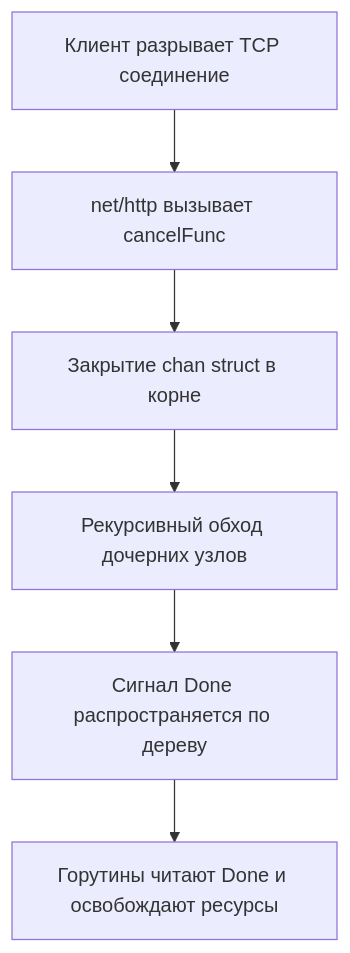
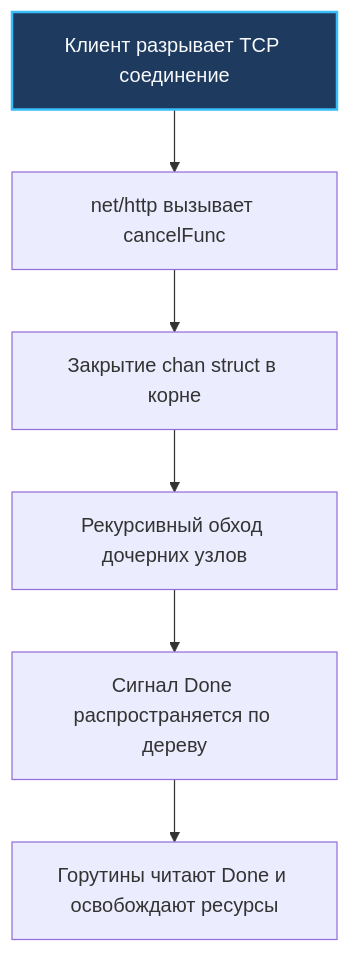
One commit to UnrealTemplier/go-textbook changed the diagram in sources/9. Бэкенд на Go (Практика разработки)/9. Работа с context в HTTP.md. Above: the diagram before and after it, drawn with Mermaid. The commit also changed 1666 other files, not shown here.

First line of the commit message:
feat(mermaid): add semantic color classDef to 1369 colorless flowchart/graph diagrams

````diff
--- a/sources/9. Бэкенд на Go (Практика разработки)/9. Работа с context в HTTP.md
+++ b/sources/9. Бэкенд на Go (Практика разработки)/9. Работа с context в HTTP.md
@@ -7,8 +7,18 @@
 ```mermaid
 flowchart TD
-    A["Клиент разрывает TCP соединение"] --> B["net/http вызывает cancelFunc"]
+    classDef process  fill:#1e293b,stroke:#38bdf8,stroke-width:1px,color:#f8fafc
+    classDef success  fill:#064e3b,stroke:#34d399,stroke-width:1px,color:#f8fafc
+    classDef error    fill:#7f1d1d,stroke:#f87171,stroke-width:1px,color:#f8fafc
+    classDef warning  fill:#78350f,stroke:#fbbf24,stroke-width:1px,color:#f8fafc
+    classDef entry    fill:#1e3a5f,stroke:#38bdf8,stroke-width:2px,color:#f8fafc
+    classDef aux      fill:#334155,stroke:#64748b,stroke-width:1px,color:#f8fafc
+    classDef system   fill:#312e81,stroke:#a78bfa,stroke-width:1px,color:#f8fafc
+    classDef data     fill:#132d29,stroke:#2dd4bf,stroke-width:1px,color:#f8fafc
+    classDef network  fill:#881337,stroke:#fb7185,stroke-width:1px,color:#f8fafc
+    classDef accent   fill:#1e1b4b,stroke:#818cf8,stroke-width:1px,color:#f8fafc
+    A["Клиент разрывает TCP соединение"]:::entry --> B["net/http вызывает cancelFunc"]
     B --> C["Закрытие chan struct в корне"]
     C --> D["Рекурсивный обход дочерних узлов"]
     D --> E["Сигнал Done распространяется по дереву"]
     E --> F["Горутины читают Done и освобождают ресурсы"]
 ```
````
